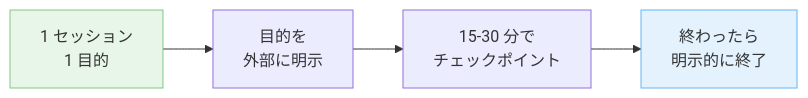
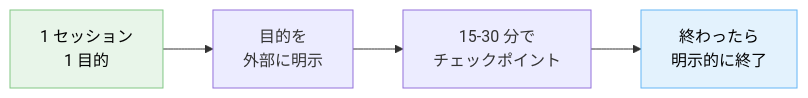
Before and after one commit to dinekt/dinekt-wiki: the second of 2 diagrams in docs/patterns/長時間セッションで遭遇する-6-つの失敗パターン.md, drawn with Mermaid. The commit also changed 71 other files, not shown here.

First line of the commit message:
fix: mermaid readability + remove GitHub repo toolbar

````diff
--- a/docs/patterns/長時間セッションで遭遇する-6-つの失敗パターン.md
+++ b/docs/patterns/長時間セッションで遭遇する-6-つの失敗パターン.md
@@ -81,9 +81,9 @@
 ```mermaid
 flowchart LR
     S1[1 セッション<br/>1 目的] --> S2[目的を<br/>外部に明示]
     S2 --> S3[15-30 分で<br/>チェックポイント]
     S3 --> S4[終わったら<br/>明示的に終了]
 
-    style S1 fill:#e8f5e9,stroke:#81c784
-    style S4 fill:#e3f2fd,stroke:#64b5f6
+    style S1 fill:#e8f5e9,stroke:#81c784,color:#000
+    style S4 fill:#e3f2fd,stroke:#64b5f6,color:#000
 ```
````
